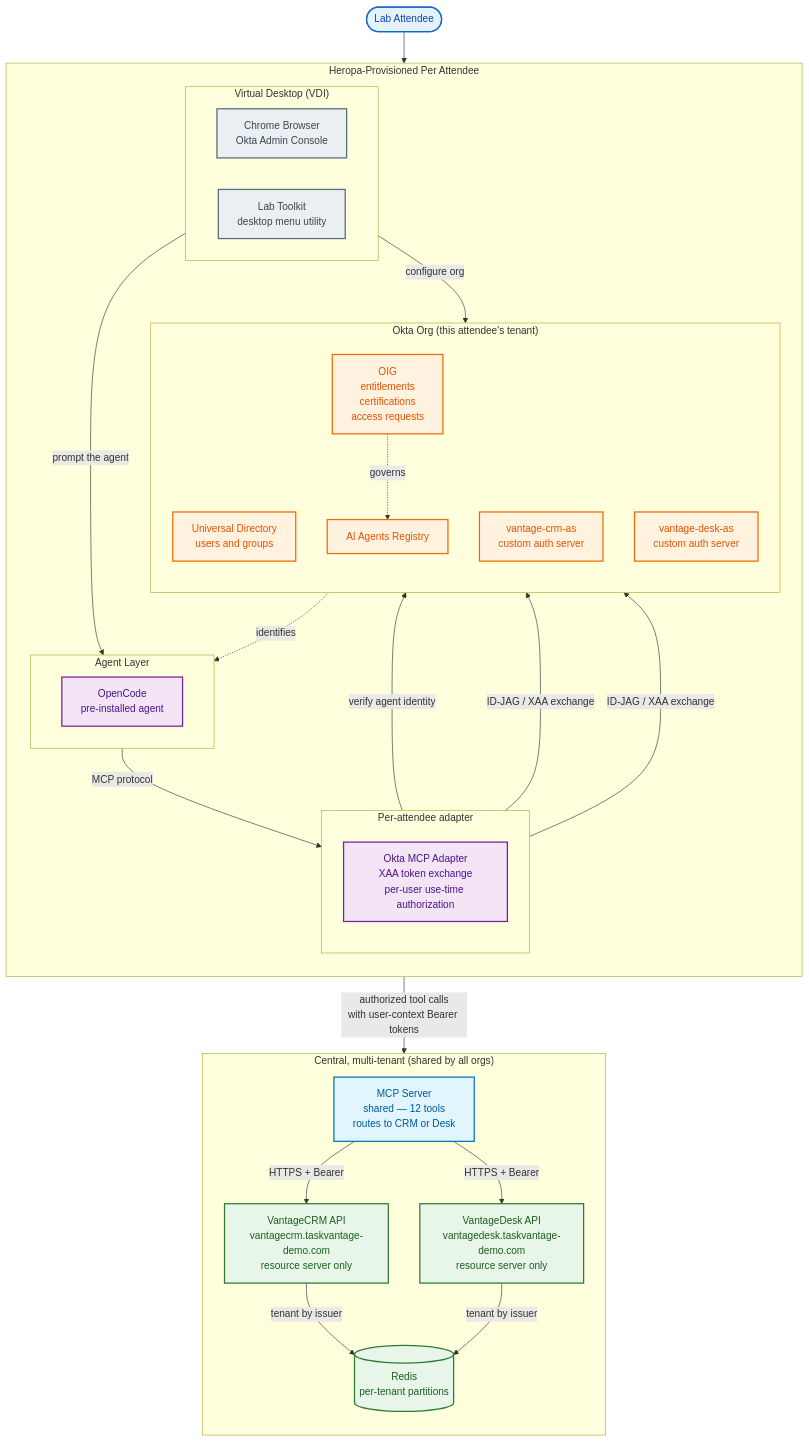
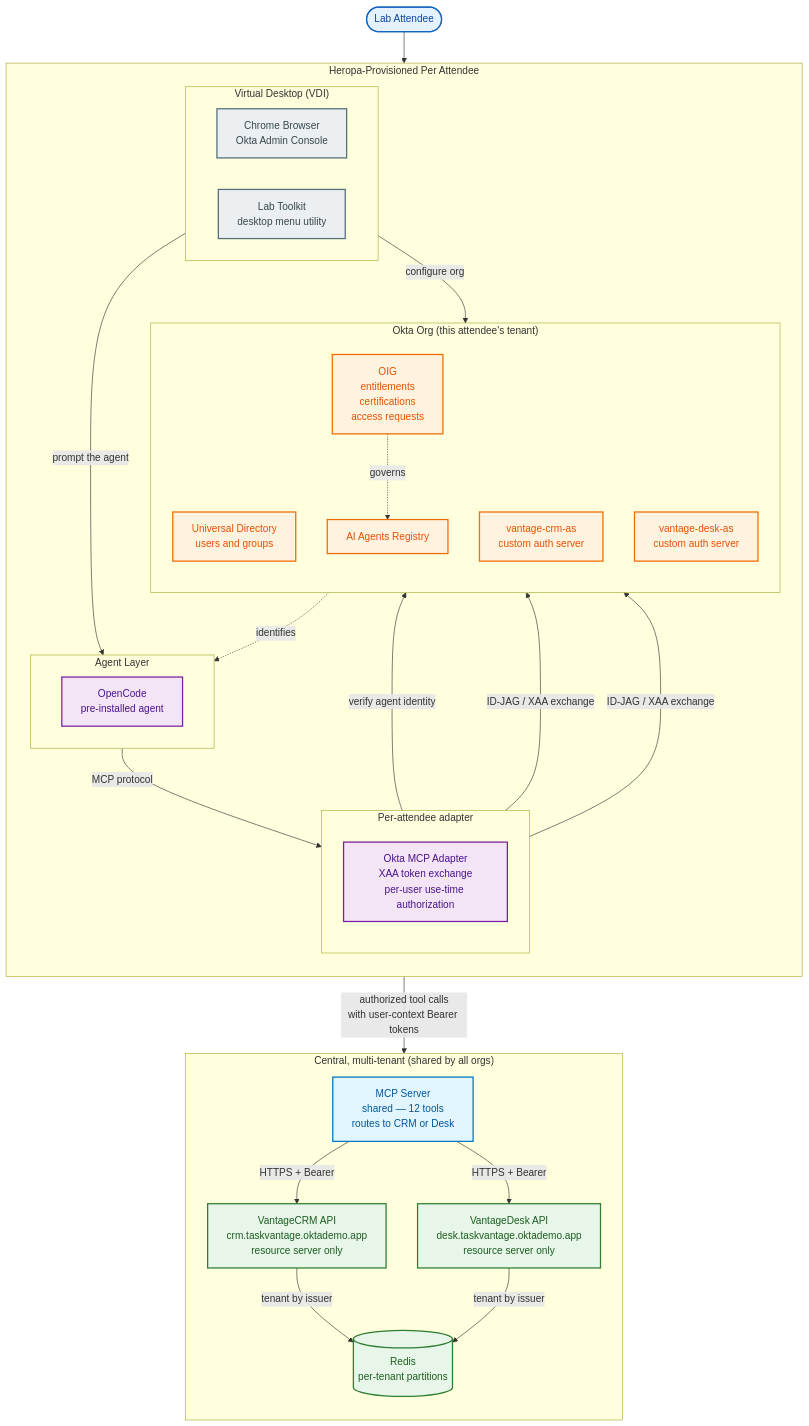
Before and after one commit to joevanhorn/04aa-tech-camp: the diagram in lab-architecture.md, drawn with Mermaid. The commit also changed other lines of this file and 2 other files, not shown here.

First line of the commit message:
docs(o4aa): point lab guides at the lab hosts (oktademo.app)

````diff
--- a/lab-architecture.md
+++ b/lab-architecture.md
@@ -18,72 +18,72 @@
 ```mermaid
 flowchart TB
     User([Lab Attendee])
 
     subgraph Heropa["Heropa-Provisioned Per Attendee"]
         direction TB
 
         subgraph VDI["Virtual Desktop (VDI)"]
             direction LR
             Browser[Chrome Browser<br>Okta Admin Console]
             Toolkit[Lab Toolkit<br>desktop menu utility]
         end
 
         subgraph AgentLayer["Agent Layer"]
             direction LR
             OpenCode[OpenCode<br>pre-installed agent]
         end
 
         subgraph Edge["Per-attendee adapter"]
             direction TB
             Adapter[Okta MCP Adapter<br>XAA token exchange<br>per-user use-time authorization]
         end
 
         subgraph Okta["Okta Org (this attendee's tenant)"]
             direction TB
             UD[Universal Directory<br>users and groups]
             AIRegistry[AI Agents Registry]
             CRMAS[vantage-crm-as<br>custom auth server]
             DeskAS[vantage-desk-as<br>custom auth server]
             OIG[OIG<br>entitlements<br>certifications<br>access requests]
         end
     end
 
     subgraph Central["Central, multi-tenant (shared by all orgs)"]
         direction TB
         MCP[MCP Server<br>shared — 12 tools<br>routes to CRM or Desk]
-        CRM[VantageCRM API<br>vantagecrm.taskvantage-demo.com<br>resource server only]
-        Desk[VantageDesk API<br>vantagedesk.taskvantage-demo.com<br>resource server only]
+        CRM[VantageCRM API<br>crm.taskvantage.oktademo.app<br>resource server only]
+        Desk[VantageDesk API<br>desk.taskvantage.oktademo.app<br>resource server only]
         Redis[(Redis<br>per-tenant partitions)]
     end
 
     User --> Browser
     Browser -->|configure org| Okta
     Browser -->|prompt the agent| AgentLayer
 
     AgentLayer -->|MCP protocol| Adapter
     Adapter -->|verify agent identity| AIRegistry
     Adapter -->|ID-JAG / XAA exchange| CRMAS
     Adapter -->|ID-JAG / XAA exchange| DeskAS
     Adapter -->|authorized tool calls<br>with user-context Bearer tokens| MCP
     MCP -->|HTTPS + Bearer| CRM
     MCP -->|HTTPS + Bearer| Desk
     CRM -->|tenant by issuer| Redis
     Desk -->|tenant by issuer| Redis
 
     OIG -.governs.-> AIRegistry
     AIRegistry -.identifies.-> AgentLayer
 
     classDef trigger fill:#e3f2fd,stroke:#1565c0,stroke-width:2px,color:#0d47a1
     classDef infra fill:#eceff1,stroke:#546e7a,stroke-width:2px,color:#37474f
     classDef oktaCore fill:#fff3e0,stroke:#ef6c00,stroke-width:2px,color:#e65100
     classDef workflow fill:#f3e5f5,stroke:#7b1fa2,stroke-width:2px,color:#4a148c
     classDef action fill:#e1f5fe,stroke:#0277bd,stroke-width:2px,color:#01579b
     classDef governance fill:#e8f5e9,stroke:#2e7d32,stroke-width:2px,color:#1b5e20
 
     class User trigger
     class Browser,Toolkit infra
     class OpenCode,Adapter workflow
     class MCP action
     class CRM,Desk,Redis governance
     class UD,AIRegistry,CRMAS,DeskAS,OIG oktaCore
 ```
````
